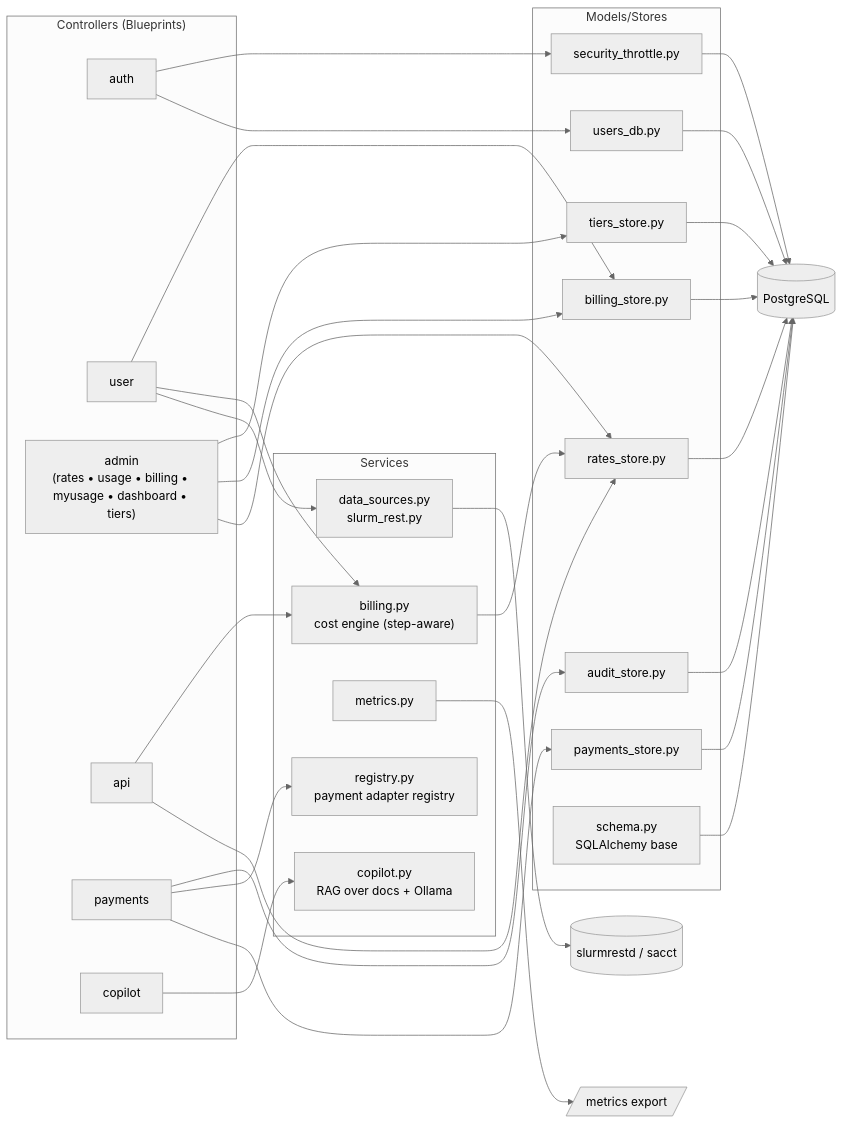
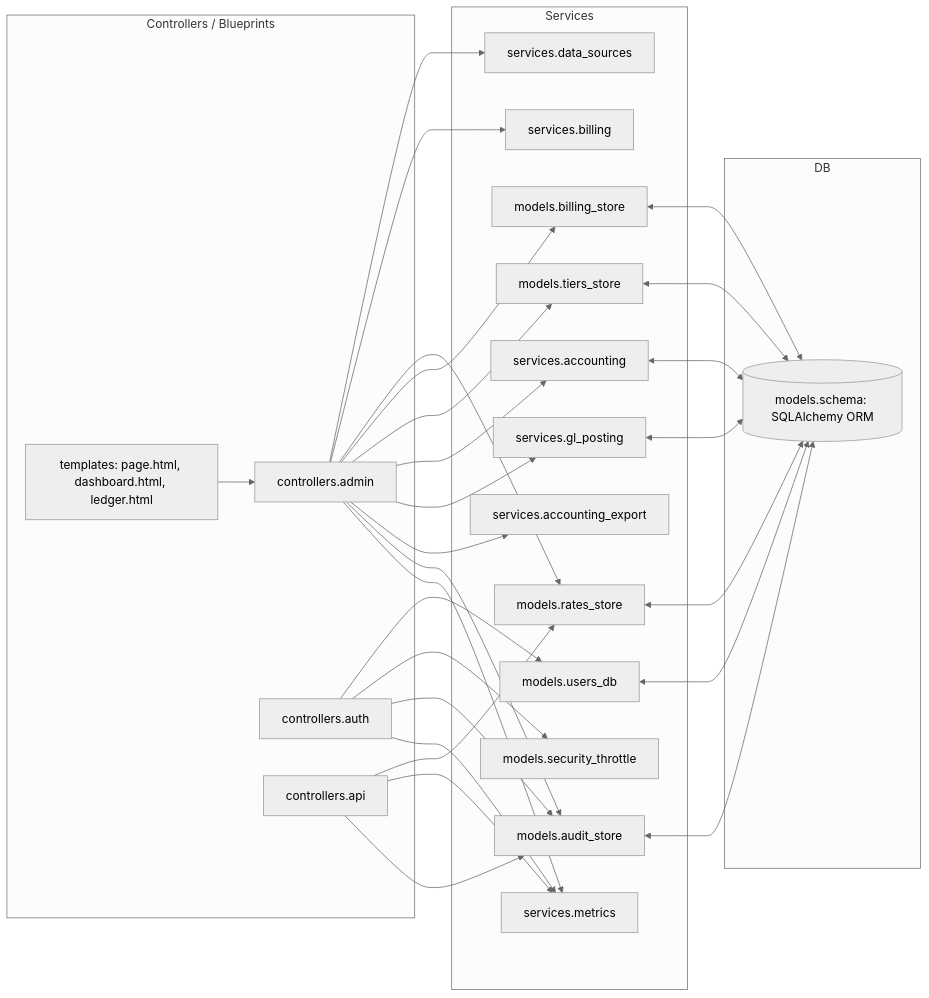
The second of 5 diagrams in docs/02-architecture.md (Purinat33/hpc_flask), drawn with Mermaid (neutral theme) before and after one commit. The commit also changed other lines of this file and 4 other files, not shown here.

````diff
--- a/docs/02-architecture.md
+++ b/docs/02-architecture.md
@@ -86,58 +56,39 @@
 ```mermaid
-graph LR
-  subgraph Controllers["Controllers (Blueprints)"]
-    AUTH[auth]
-    USER[user]
-    ADMIN["admin<br/>(rates • usage • billing • myusage • dashboard • tiers)"]
-    API[api]
-    PAY[payments]
-    COP[copilot]
+flowchart LR
+  subgraph Controllers / Blueprints
+    admin[controllers.admin]
+    auth[controllers.auth]
+    api[controllers.api]
+    pages[templates: page.html, dashboard.html, ledger.html]
+  end
+  subgraph Services
+    ds[services.data_sources]
+    bill[services.billing]
+    rates[models.rates_store]
+    recs[models.billing_store]
+    tiers[models.tiers_store]
+    gl[services.gl_posting]
+    acct[services.accounting]
+    export[services.accounting_export]
+    audit[models.audit_store]
+    sec[models.security_throttle]
+    users[models.users_db]
+    metrics[services.metrics]
+  end
+  subgraph DB
+    schema[(models.schema: SQLAlchemy ORM)]
   end
 
-  subgraph Services
-    BILL["billing.py<br/>cost engine (step-aware)"]
-    DS[data_sources.py<br/>slurm_rest.py]
-    MET[metrics.py]
-    REG[registry.py<br/>payment adapter registry]
-    RAG[copilot.py<br/>RAG over docs + Ollama]
-  end
+  admin --> ds & bill & rates & recs & tiers & acct & gl & export & audit & metrics
+  auth --> users & sec & audit & metrics
+  api --> rates & metrics & audit
+  pages --> admin
 
-  subgraph Models/Stores
-    USERS[users_db.py]
-    RATES[rates_store.py]
-    BILLING[billing_store.py]
-    PAYST[payments_store.py]
-    AUD[audit_store.py]
-    THROT[security_throttle.py]
-    TIERS[tiers_store.py]
-    SCHEMA[schema.py<br/>SQLAlchemy base]
-  end
-
-  AUTH --> USERS
-  AUTH --> THROT
-  USER --> DS
-  USER --> BILL
-  USER --> BILLING
-  ADMIN --> RATES
-  ADMIN --> BILLING
-  ADMIN --> TIERS
-  PAY --> PAYST
-  PAY --> REG
-  PAY --> AUD
-  API --> RATES
-  API --> BILL
-  COP --> RAG
-
-  BILL --> RATES
-  DS --> Slurm[(slurmrestd / sacct)]
-  SCHEMA --> DB[(PostgreSQL)]
-  AUD --> DB
-  THROT --> DB
-  TIERS --> DB
-  RATES --> DB
-  BILLING --> DB
-  USERS --> DB
-  PAYST --> DB
-  MET --> App[/metrics export/]
-
+  recs <--> schema
+  rates <--> schema
+  tiers <--> schema
+  users <--> schema
+  audit <--> schema
+  gl <--> schema
+  acct <--> schema
 ```
````
